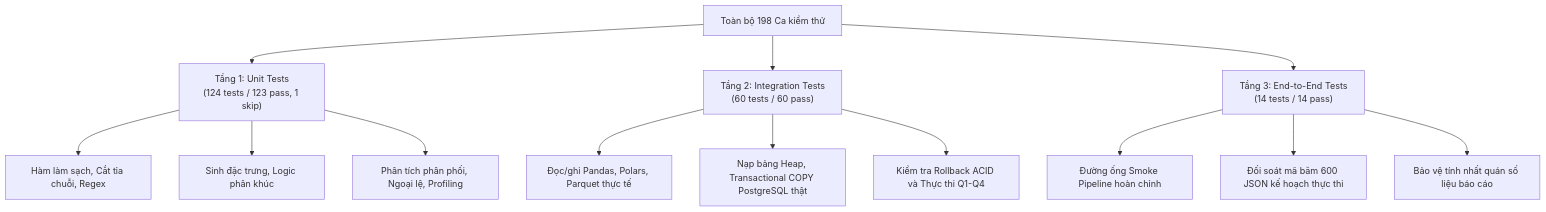
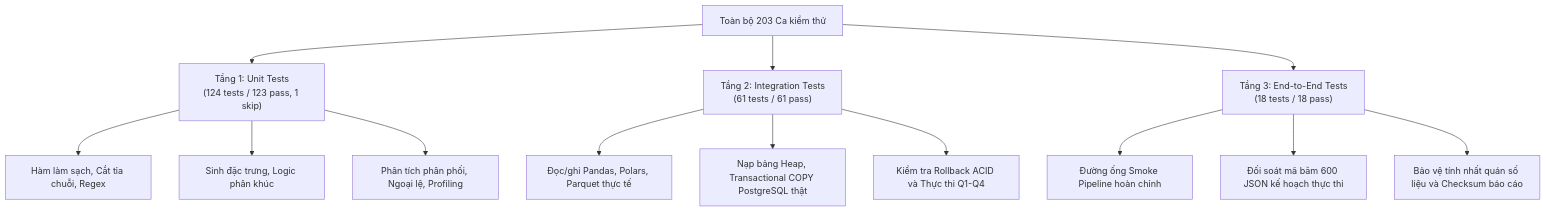
Before and after one commit to Chaumn/real-estate-performance: the diagram in report/test_validation.md, drawn with Mermaid. The commit also changed other lines of this file and 20 other files, not shown here.

````diff
--- a/report/test_validation.md
+++ b/report/test_validation.md
@@ -16,18 +16,18 @@
 ```mermaid
 graph TD
-    A["Toàn bộ 198 Ca kiểm thử"] --> B["Tầng 1: Unit Tests<br>(124 tests / 123 pass, 1 skip)"]
-    A --> C["Tầng 2: Integration Tests<br>(60 tests / 60 pass)"]
-    A --> D["Tầng 3: End-to-End Tests<br>(14 tests / 14 pass)"]
+    A["Toàn bộ 203 Ca kiểm thử"] --> B["Tầng 1: Unit Tests<br>(124 tests / 123 pass, 1 skip)"]
+    A --> C["Tầng 2: Integration Tests<br>(61 tests / 61 pass)"]
+    A --> D["Tầng 3: End-to-End Tests<br>(18 tests / 18 pass)"]
 
     B --> B1["Hàm làm sạch, Cắt tỉa chuỗi, Regex"]
     B --> B2["Sinh đặc trưng, Logic phân khúc"]
     B --> B3["Phân tích phân phối, Ngoại lệ, Profiling"]
 
     C --> C1["Đọc/ghi Pandas, Polars, Parquet thực tế"]
     C --> C2["Nạp bảng Heap, Transactional COPY PostgreSQL thật"]
     C --> C3["Kiểm tra Rollback ACID và Thực thi Q1-Q4"]
 
     D --> D1["Đường ống Smoke Pipeline hoàn chỉnh"]
     D --> D2["Đối soát mã băm 600 JSON kế hoạch thực thi"]
-    D --> D3["Bảo vệ tính nhất quán số liệu báo cáo"]
+    D --> D3["Bảo vệ tính nhất quán số liệu và Checksum báo cáo"]
 ```
````
